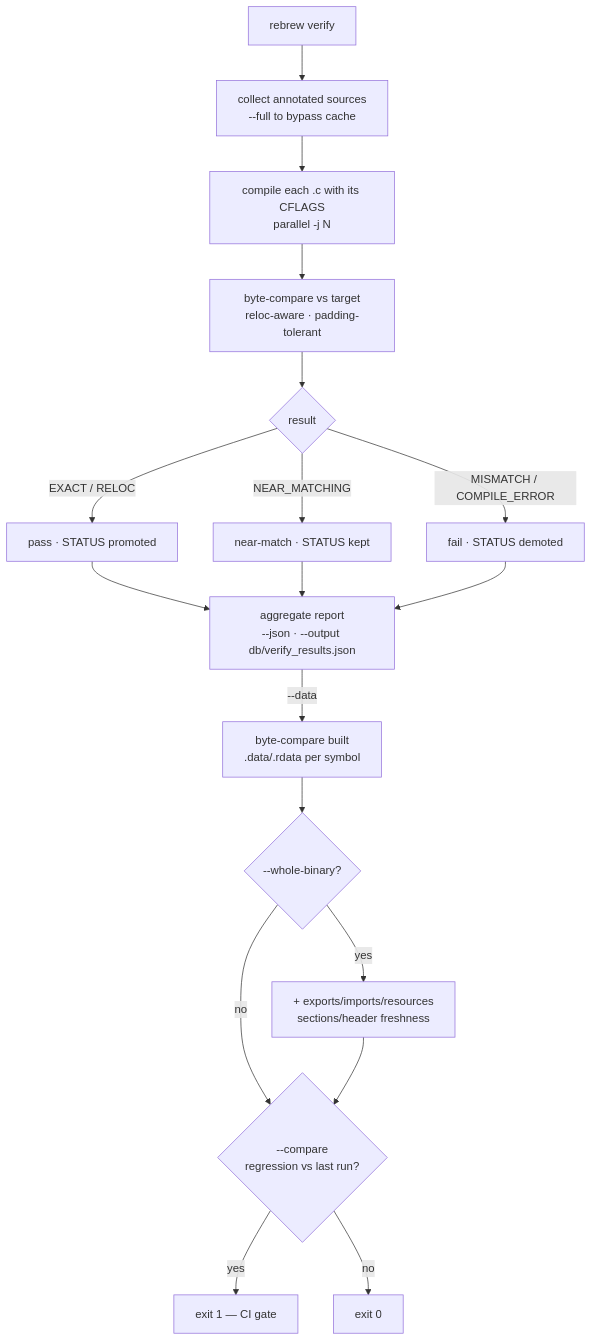
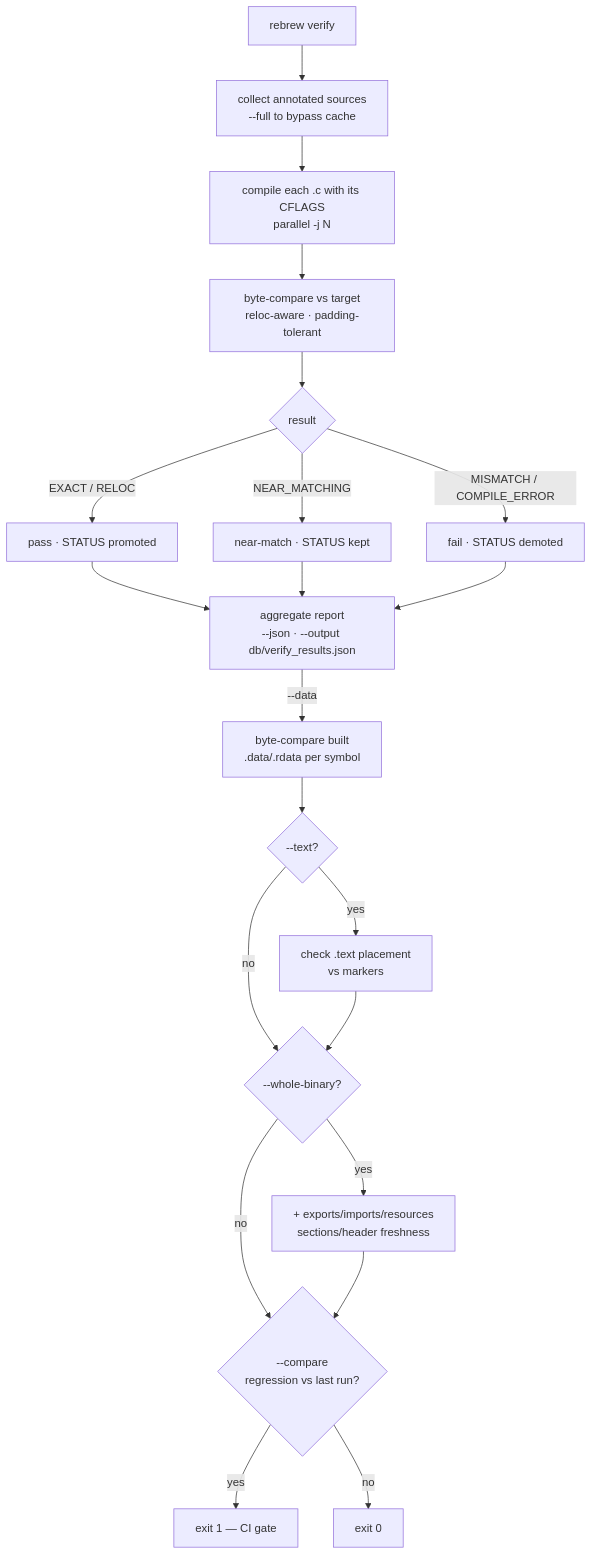
One commit to maci0/rebrew changed the first of 2 diagrams in docs/CLI.md. Above: the diagram before and after it, drawn with Mermaid. The commit also changed other lines of this file and 45 other files, not shown here.

````diff
--- a/docs/CLI.md
+++ b/docs/CLI.md
@@ -382,20 +386,23 @@
 ```mermaid
 graph TD
     Start[rebrew verify] --> Collect[collect annotated sources<br/>--full to bypass cache]
     Collect --> Compile[compile each .c with its CFLAGS<br/>parallel -j N]
     Compile --> Compare[byte-compare vs target<br/>reloc-aware · padding-tolerant]
     Compare --> Classify{result}
     Classify -->|EXACT / RELOC| Pass[pass · STATUS promoted]
     Classify -->|NEAR_MATCHING| NM[near-match · STATUS kept]
     Classify -->|MISMATCH / COMPILE_ERROR| Fail[fail · STATUS demoted]
     Pass --> Report[aggregate report<br/>--json · --output db/verify_results.json]
     NM --> Report
     Fail --> Report
     Report -->|--data| Data[byte-compare built<br/>.data/.rdata per symbol]
-    Data --> Whole{--whole-binary?}
+    Data --> Text{--text?}
+    Text -->|yes| TA[check .text placement<br/>vs markers]
+    Text -->|no| Whole{--whole-binary?}
+    TA --> Whole
     Whole -->|yes| WB[+ exports/imports/resources<br/>sections/header freshness]
     Whole -->|no| Gate{--compare<br/>regression vs last run?}
     WB --> Gate
     Gate -->|yes| CI[exit 1 — CI gate]
     Gate -->|no| OK[exit 0]
 ```
````
